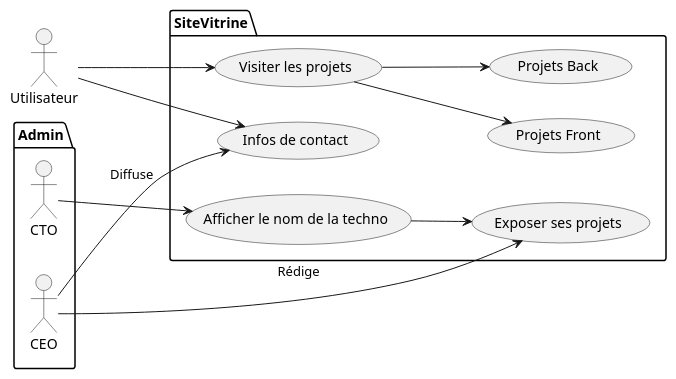
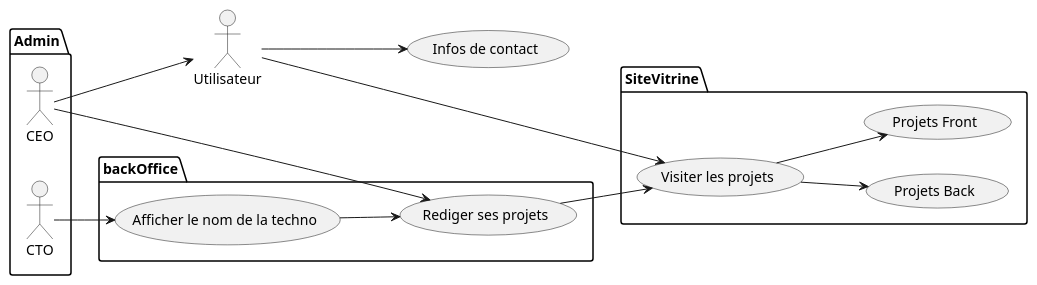
One commit to MaximeGrillet/test-UML changed the diagram in test-diagram.puml. Above: the diagram before and after it, drawn with PlantUML.

Commit message:
PlantUml

```diff
--- a/test-diagram.puml
+++ b/test-diagram.puml
@@ -1,27 +1,32 @@
 @startuml Test
 left to right direction
 
 actor Utilisateur as u
 
 package Admin {
 actor CEO as ceo
 actor CTO as cto 
 }
 
+ceo --> u
 package SiteVitrine {
-  usecase "Exposer ses projets" as UC1
   usecase "Visiter les projets" as UC2
-  usecase "Afficher le nom de la techno" as UC3
-  usecase "Infos de contact" as UC4
   usecase "Projets Back" as UC5
   usecase "Projets Front" as UC6
 }
-ceo --> UC1 : Rédige
+
+  usecase "Infos de contact" as UC4
+
+package backOffice{
+  usecase "Rediger ses projets" as UC1
+  usecase "Afficher le nom de la techno" as UC3
+}
+ceo --> UC1 
+UC1 --> UC2
 u --> UC2
 u --> UC4
 UC2 --> UC5
 UC2 --> UC6
 UC3 --> UC1
-ceo --> UC4 : Diffuse
 cto --> UC3 
 @enduml
```
